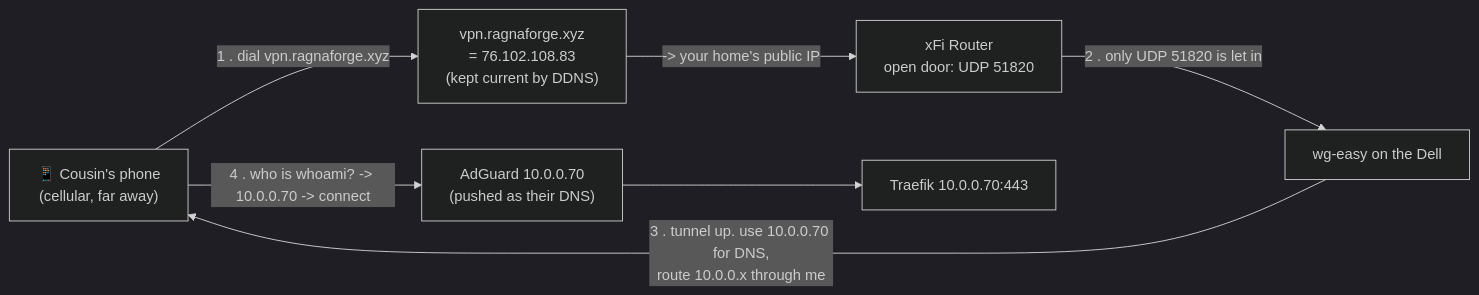
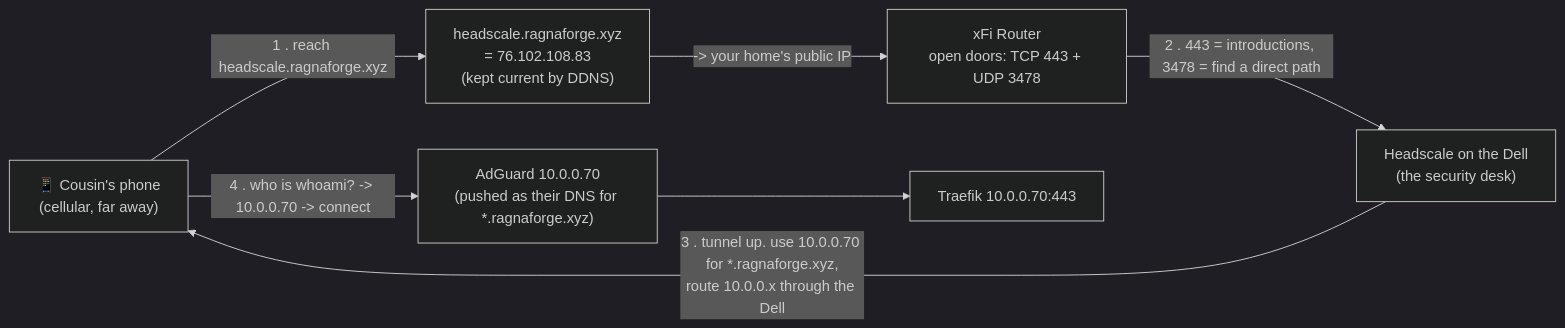
Before and after one commit to RushilBasappa/homeserve: the fifth of 6 diagrams in docs/networking-explained.md, drawn with Mermaid (dark theme). The commit also changed other lines of this file and 17 other files, not shown here.

````diff
--- a/docs/networking-explained.md
+++ b/docs/networking-explained.md
@@ -172,15 +176,15 @@
 ```mermaid
 flowchart LR
     b["📱 Cousin's phone<br/>(cellular, far away)"]
-    ddns["vpn.ragnaforge.xyz<br/>= 76.102.108.83<br/>(kept current by DDNS)"]
-    door["xFi Router<br/>open door: UDP 51820"]
-    wg["wg-easy on the Dell"]
-    dns["AdGuard 10.0.0.70<br/>(pushed as their DNS)"]
+    ddns["headscale.ragnaforge.xyz<br/>= 76.102.108.83<br/>(kept current by DDNS)"]
+    door["xFi Router<br/>open doors: TCP 443 + UDP 3478"]
+    hs["Headscale on the Dell<br/>(the security desk)"]
+    dns["AdGuard 10.0.0.70<br/>(pushed as their DNS for *.ragnaforge.xyz)"]
     tr["Traefik 10.0.0.70:443"]
-    b -- "1 . dial vpn.ragnaforge.xyz" --> ddns
+    b -- "1 . reach headscale.ragnaforge.xyz" --> ddns
     ddns -- "-> your home's public IP" --> door
-    door -- "2 . only UDP 51820 is let in" --> wg
-    wg -- "3 . tunnel up. use 10.0.0.70 for DNS,<br/>route 10.0.0.x through me" --> b
+    door -- "2 . 443 = introductions, 3478 = find a direct path" --> hs
+    hs -- "3 . tunnel up. use 10.0.0.70 for *.ragnaforge.xyz,<br/>route 10.0.0.x through the Dell" --> b
     b -- "4 . who is whoami? -> 10.0.0.70 -> connect" --> dns
     dns --> tr
 ```
````
